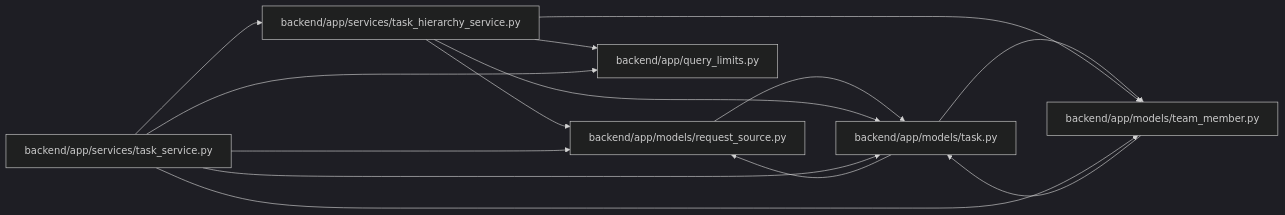
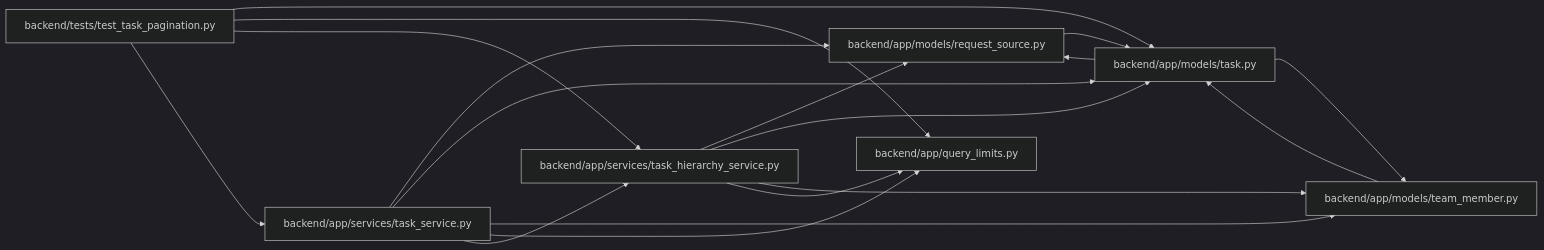
One commit to Denissvgn/WorkChord changed the diagram in docs/llm_wiki/modules/task_hierarchy_service.md. Above: the diagram before and after it, drawn with Mermaid (dark theme). The commit also changed other lines of this file and 405 other files, not shown here.

````diff
--- a/docs/llm_wiki/modules/task_hierarchy_service.md
+++ b/docs/llm_wiki/modules/task_hierarchy_service.md
@@ -25,28 +25,34 @@
 ```mermaid
 flowchart LR
     n0["backend/app/models/request_source.py"]
     n1["backend/app/models/task.py"]
     n2["backend/app/models/team_member.py"]
     n3["backend/app/query_limits.py"]
     n4["backend/app/services/task_hierarchy_service.py"]
     n5["backend/app/services/task_service.py"]
+    n6["backend/tests/test_task_pagination.py"]
     n0 --> n1
     n1 --> n0
     n1 --> n2
     n2 --> n1
     n4 --> n0
     n4 --> n1
     n4 --> n2
     n4 --> n3
     n5 --> n0
     n5 --> n1
     n5 --> n2
     n5 --> n3
     n5 --> n4
+    n6 --> n1
+    n6 --> n3
+    n6 --> n4
+    n6 --> n5
     click n0 "../modules/models_request_source.md"
     click n1 "../modules/models_task.md"
     click n2 "../modules/team_member.md"
     click n3 "../modules/query_limits.md"
     click n4 "../modules/task_hierarchy_service.md"
     click n5 "../modules/task_service.md"
+    click n6 "../modules/test_task_pagination.md"
 ```
````
